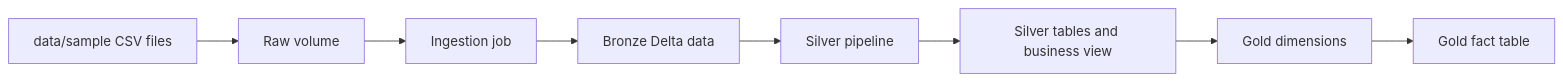
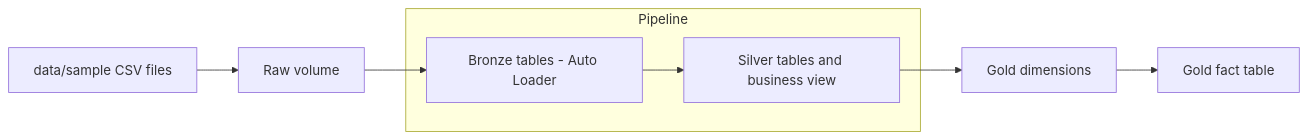
Before and after one commit to GueldonR/air_lake: the diagram in README.md, drawn with Mermaid. The commit also changed other lines of this file and 12 other files, not shown here.

````diff
--- a/README.md
+++ b/README.md
@@ -50,10 +51,10 @@
 ```mermaid
 flowchart LR
     CSV[data/sample CSV files] --> RAW[Raw volume]
-    RAW --> ING[Ingestion job]
-    ING --> BRONZE[Bronze Delta data]
-    BRONZE --> SILVER[Silver pipeline]
-    SILVER --> TABLES[Silver tables and business view]
+    subgraph PIPE[Pipeline]
+        BRONZE[Bronze tables - Auto Loader] --> TABLES[Silver tables and business view]
+    end
+    RAW --> BRONZE
     TABLES --> DIMS[Gold dimensions]
     DIMS --> FACT[Gold fact table]
 ```
````
